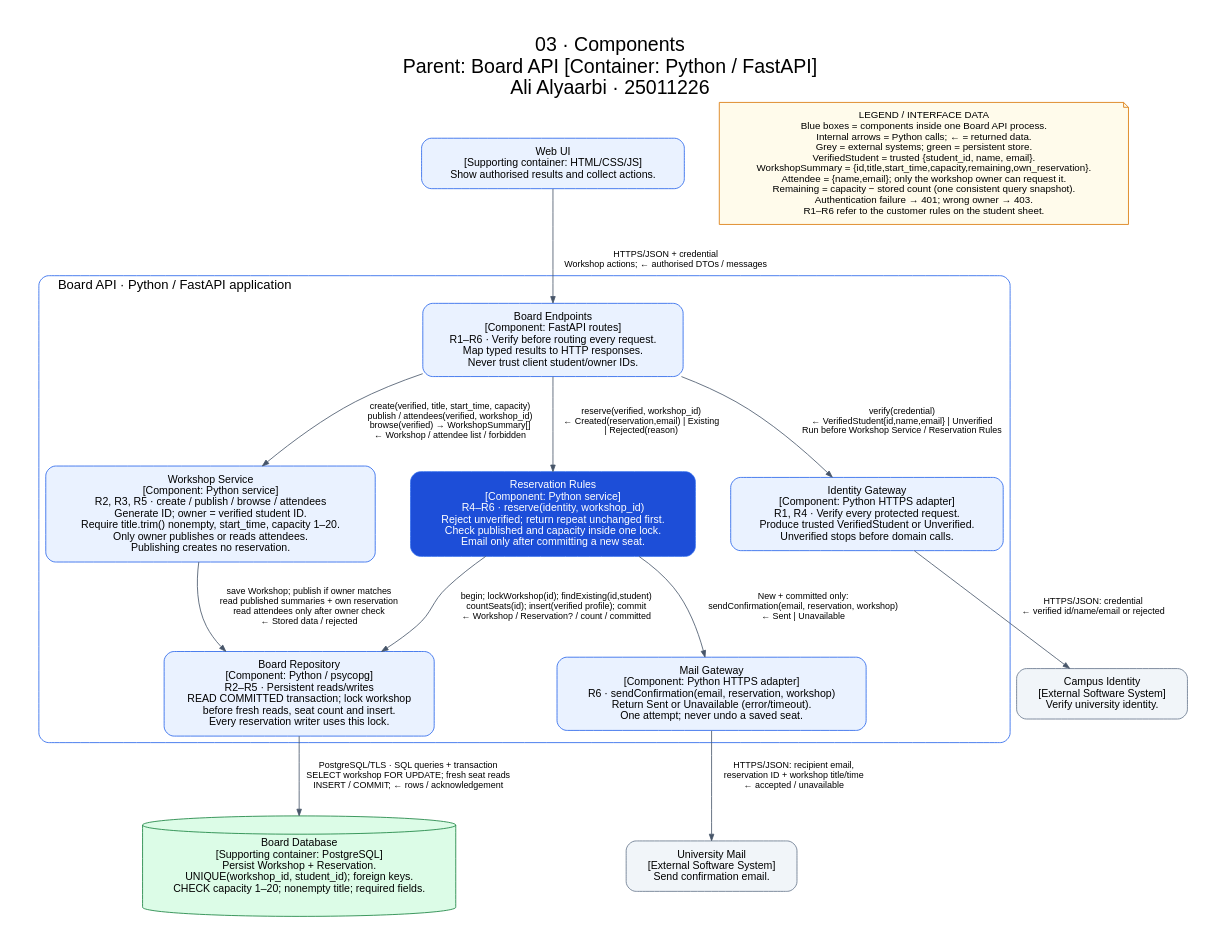
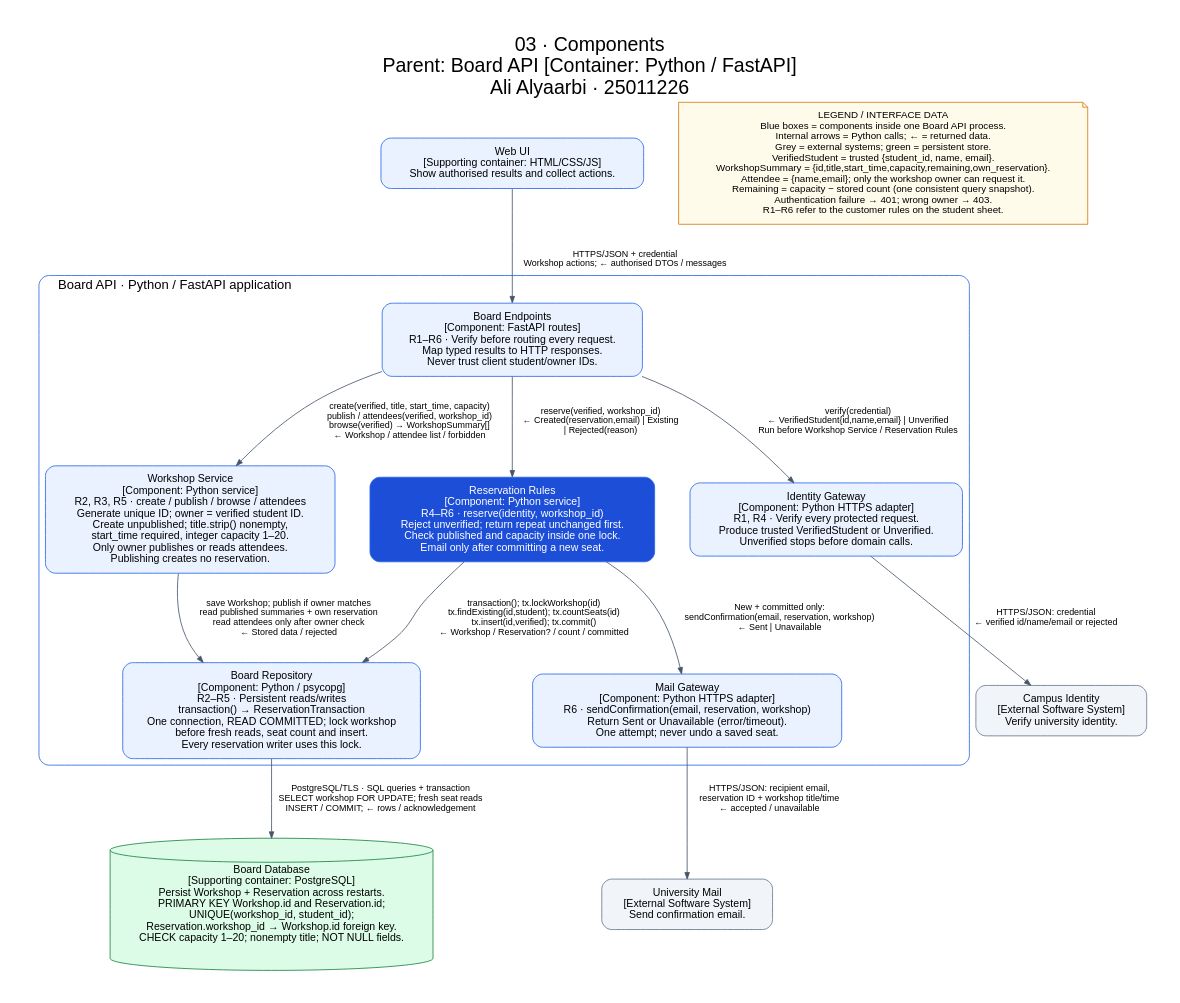
Before and after one commit to Alyrbi/a1220: the diagram in lab05/diagrams/source/03-components.dot, drawn with Graphviz. The commit also changed 13 other files, not shown here.

Commit message:
Clarify Lab 05 transaction boundaries and audit diagram consistency

```diff
--- a/lab05/diagrams/source/03-components.dot
+++ b/lab05/diagrams/source/03-components.dot
@@ -1,35 +1,35 @@
 digraph Components {
   graph [rankdir=TB, bgcolor=white, pad=0.45, nodesep=0.6, ranksep=0.85,
     fontname="Helvetica", fontsize=24, labelloc=t,
     label="03 · Components\nParent: Board API [Container: Python / FastAPI]\nAli Alyaarbi · 25011226"];
   node [shape=box, style="rounded,filled", fillcolor="#EAF2FF", color="#2563EB", fontname="Helvetica", fontsize=13, margin="0.19,0.14"];
   edge [fontname="Helvetica", fontsize=11, color="#475569", arrowsize=0.8];
   web [label="Web UI\n[Supporting container: HTML/CSS/JS]\nShow authorised results and collect actions."];
   subgraph cluster_api {
     label="Board API · Python / FastAPI application";
     fontsize=16; labeljust=l; color="#2563EB"; style=rounded;
     endpoints [label="Board Endpoints\n[Component: FastAPI routes]\nR1–R6 · Verify before routing every request.\nMap typed results to HTTP responses.\nNever trust client student/owner IDs."];
     identity_gateway [label="Identity Gateway\n[Component: Python HTTPS adapter]\nR1, R4 · Verify every protected request.\nProduce trusted VerifiedStudent or Unverified.\nUnverified stops before domain calls."];
-    workshop [label="Workshop Service\n[Component: Python service]\nR2, R3, R5 · create / publish / browse / attendees\nGenerate ID; owner = verified student ID.\nRequire title.trim() nonempty, start_time, capacity 1–20.\nOnly owner publishes or reads attendees.\nPublishing creates no reservation."];
+    workshop [label="Workshop Service\n[Component: Python service]\nR2, R3, R5 · create / publish / browse / attendees\nGenerate unique ID; owner = verified student ID.\nCreate unpublished; title.strip() nonempty,\nstart_time required, integer capacity 1–20.\nOnly owner publishes or reads attendees.\nPublishing creates no reservation."];
     reservation [fillcolor="#1D4ED8", fontcolor=white,
       label="Reservation Rules\n[Component: Python service]\nR4–R6 · reserve(identity, workshop_id)\nReject unverified; return repeat unchanged first.\nCheck published and capacity inside one lock.\nEmail only after committing a new seat."];
-    repository [label="Board Repository\n[Component: Python / psycopg]\nR2–R5 · Persistent reads/writes\nREAD COMMITTED transaction; lock workshop\nbefore fresh reads, seat count and insert.\nEvery reservation writer uses this lock."];
+    repository [label="Board Repository\n[Component: Python / psycopg]\nR2–R5 · Persistent reads/writes\ntransaction() → ReservationTransaction\nOne connection, READ COMMITTED; lock workshop\nbefore fresh reads, seat count and insert.\nEvery reservation writer uses this lock."];
     mail_gateway [label="Mail Gateway\n[Component: Python HTTPS adapter]\nR6 · sendConfirmation(email, reservation, workshop)\nReturn Sent or Unavailable (error/timeout).\nOne attempt; never undo a saved seat."];
     endpoints -> identity_gateway [label="verify(credential)\n← VerifiedStudent{id,name,email} | Unverified\nRun before Workshop Service / Reservation Rules"];
     endpoints -> workshop [label="create(verified, title, start_time, capacity)\npublish / attendees(verified, workshop_id)\nbrowse(verified) → WorkshopSummary[]\n← Workshop / attendee list / forbidden"];
     endpoints -> reservation [label="reserve(verified, workshop_id)\n← Created(reservation,email) | Existing\n| Rejected(reason)"];
     workshop -> repository [label="save Workshop; publish if owner matches\nread published summaries + own reservation\nread attendees only after owner check\n← Stored data / rejected"];
-    reservation -> repository [label="begin; lockWorkshop(id); findExisting(id,student)\ncountSeats(id); insert(verified profile); commit\n← Workshop / Reservation? / count / committed"];
+    reservation -> repository [label="transaction(); tx.lockWorkshop(id)\ntx.findExisting(id,student); tx.countSeats(id)\ntx.insert(id,verified); tx.commit()\n← Workshop / Reservation? / count / committed"];
     reservation -> mail_gateway [label="New + committed only:\nsendConfirmation(email, reservation, workshop)\n← Sent | Unavailable"];
   }
   identity [fillcolor="#F1F5F9", color="#64748B", label="Campus Identity\n[External Software System]\nVerify university identity."];
   mail [fillcolor="#F1F5F9", color="#64748B", label="University Mail\n[External Software System]\nSend confirmation email."];
-  db [shape=cylinder, fillcolor="#DCFCE7", color="#15803D", label="Board Database\n[Supporting container: PostgreSQL]\nPersist Workshop + Reservation.\nUNIQUE(workshop_id, student_id); foreign keys.\nCHECK capacity 1–20; nonempty title; required fields."];
+  db [shape=cylinder, fillcolor="#DCFCE7", color="#15803D", label="Board Database\n[Supporting container: PostgreSQL]\nPersist Workshop + Reservation across restarts.\nPRIMARY KEY Workshop.id and Reservation.id;\nUNIQUE(workshop_id, student_id);\nReservation.workshop_id → Workshop.id foreign key.\nCHECK capacity 1–20; nonempty title; NOT NULL fields."];
   web -> endpoints [label="HTTPS/JSON + credential\nWorkshop actions; ← authorised DTOs / messages"];
   identity_gateway -> identity [label="HTTPS/JSON: credential\n← verified id/name/email or rejected"];
   repository -> db [label="PostgreSQL/TLS · SQL queries + transaction\nSELECT workshop FOR UPDATE; fresh seat reads\nINSERT / COMMIT; ← rows / acknowledgement"];
   mail_gateway -> mail [label="HTTPS/JSON: recipient email,\nreservation ID + workshop title/time\n← accepted / unavailable"];
   legend [shape=note, fillcolor="#FFFBEB", color="#D97706", fontsize=12,
     label="LEGEND / INTERFACE DATA\nBlue boxes = components inside one Board API process.\nInternal arrows = Python calls; ← = returned data.\nGrey = external systems; green = persistent store.\nVerifiedStudent = trusted {student_id, name, email}.\nWorkshopSummary = {id,title,start_time,capacity,remaining,own_reservation}.\nAttendee = {name,email}; only the workshop owner can request it.\nRemaining = capacity − stored count (one consistent query snapshot).\nAuthentication failure → 401; wrong owner → 403.\nR1–R6 refer to the customer rules on the student sheet."];
   {rank=same; web; legend;}
 }
```
